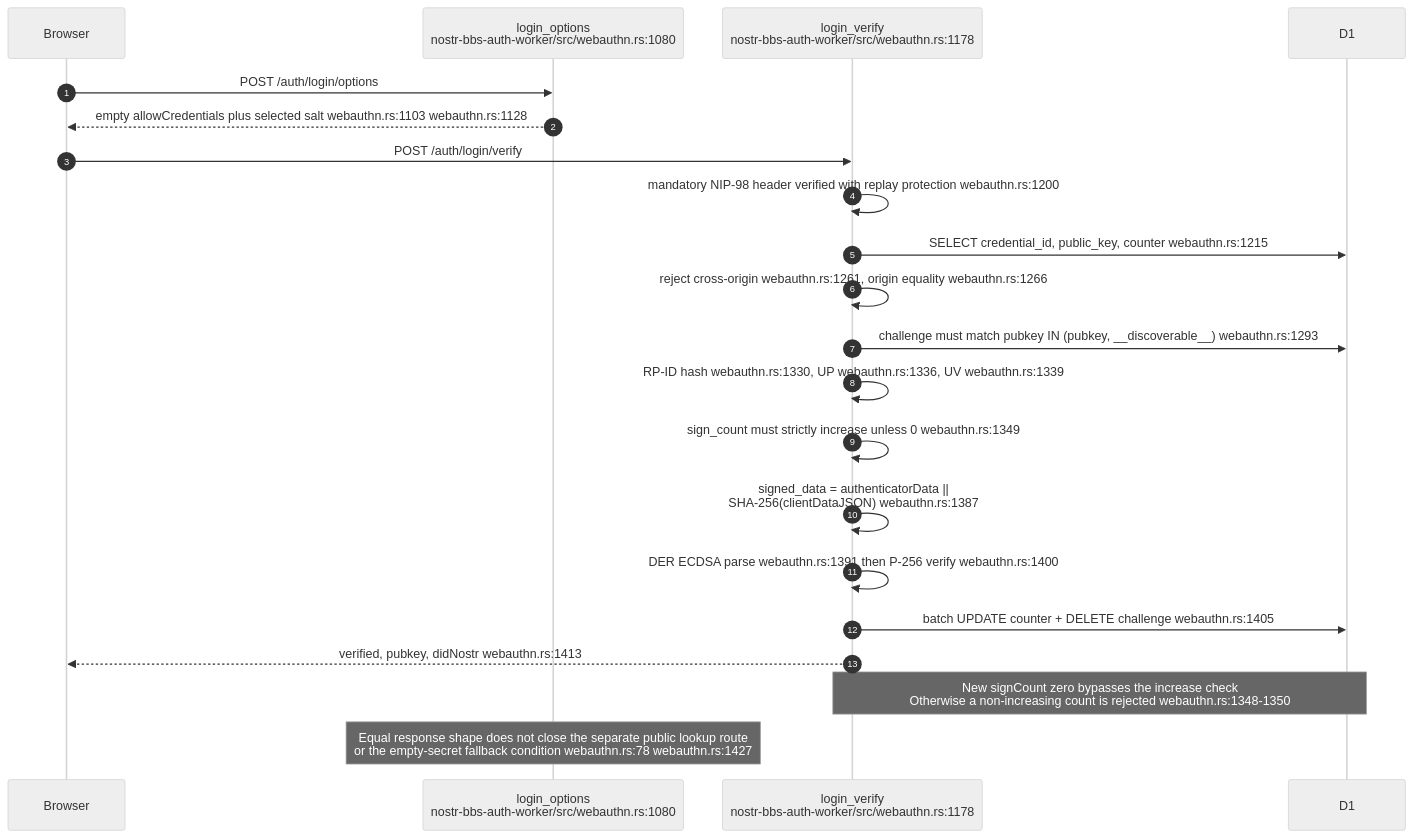
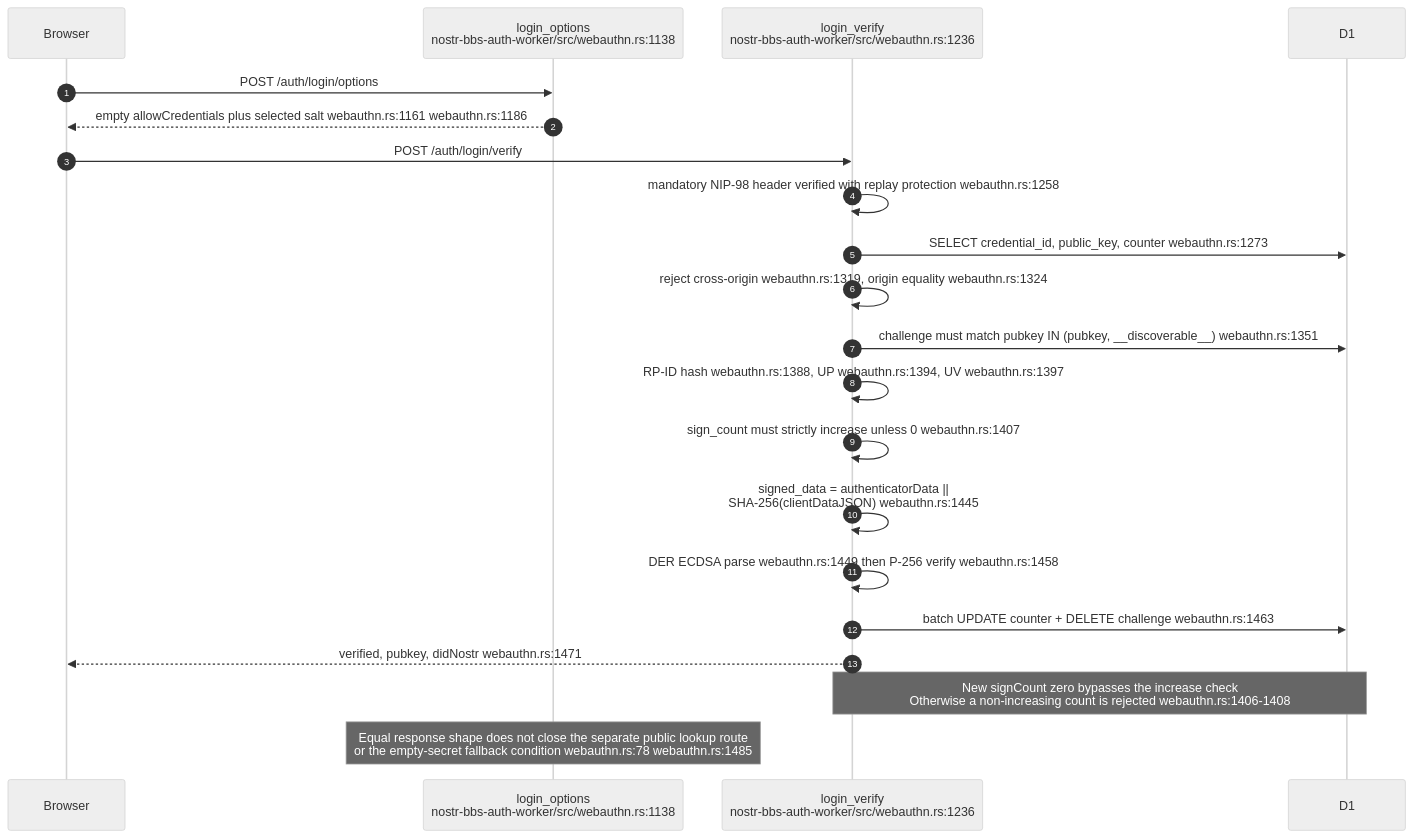
The fourth of 9 diagrams in docs/diagrams/nostr-rust-forum/02-auth-worker-passkey-nip98-and-membership.md (DreamLab-AI/VisionFlow), drawn with Mermaid (neutral theme) before and after one commit. The commit also changed other lines of this file and 59 other files, not shown here.

First line of the commit message:
docs(diagrams): re-derive and re-stamp forum, website, pod, ontomark and sealmap topics

````diff
--- a/docs/diagrams/nostr-rust-forum/02-auth-worker-passkey-nip98-and-membership.md
+++ b/docs/diagrams/nostr-rust-forum/02-auth-worker-passkey-nip98-and-membership.md
@@ -155,25 +157,25 @@
 ```mermaid
 sequenceDiagram
     autonumber
     participant C as Browser
-    participant LO as login_options<br/>nostr-bbs-auth-worker/src/webauthn.rs:1080
-    participant LV as login_verify<br/>nostr-bbs-auth-worker/src/webauthn.rs:1178
+    participant LO as login_options<br/>nostr-bbs-auth-worker/src/webauthn.rs:1138
+    participant LV as login_verify<br/>nostr-bbs-auth-worker/src/webauthn.rs:1236
     participant D1 as D1
 
     C->>LO: POST /auth/login/options
-    LO-->>C: empty allowCredentials plus selected salt webauthn.rs:1103 webauthn.rs:1128
+    LO-->>C: empty allowCredentials plus selected salt webauthn.rs:1161 webauthn.rs:1186
     C->>LV: POST /auth/login/verify
-    LV->>LV: mandatory NIP-98 header verified with replay protection webauthn.rs:1200
-    LV->>D1: SELECT credential_id, public_key, counter webauthn.rs:1215
-    LV->>LV: reject cross-origin webauthn.rs:1261, origin equality webauthn.rs:1266
-    LV->>D1: challenge must match pubkey IN (pubkey, __discoverable__) webauthn.rs:1293
-    LV->>LV: RP-ID hash webauthn.rs:1330, UP webauthn.rs:1336, UV webauthn.rs:1339
-    LV->>LV: sign_count must strictly increase unless 0 webauthn.rs:1349
-    LV->>LV: signed_data = authenticatorData ||<br/>SHA-256(clientDataJSON) webauthn.rs:1387
-    LV->>LV: DER ECDSA parse webauthn.rs:1391 then P-256 verify webauthn.rs:1400
-    LV->>D1: batch UPDATE counter + DELETE challenge webauthn.rs:1405
-    LV-->>C: verified, pubkey, didNostr webauthn.rs:1413
+    LV->>LV: mandatory NIP-98 header verified with replay protection webauthn.rs:1258
+    LV->>D1: SELECT credential_id, public_key, counter webauthn.rs:1273
+    LV->>LV: reject cross-origin webauthn.rs:1319, origin equality webauthn.rs:1324
+    LV->>D1: challenge must match pubkey IN (pubkey, __discoverable__) webauthn.rs:1351
+    LV->>LV: RP-ID hash webauthn.rs:1388, UP webauthn.rs:1394, UV webauthn.rs:1397
+    LV->>LV: sign_count must strictly increase unless 0 webauthn.rs:1407
+    LV->>LV: signed_data = authenticatorData ||<br/>SHA-256(clientDataJSON) webauthn.rs:1445
+    LV->>LV: DER ECDSA parse webauthn.rs:1449 then P-256 verify webauthn.rs:1458
+    LV->>D1: batch UPDATE counter + DELETE challenge webauthn.rs:1463
+    LV-->>C: verified, pubkey, didNostr webauthn.rs:1471
 
-    Note over LV,D1: New signCount zero bypasses the increase check<br/>Otherwise a non-increasing count is rejected webauthn.rs:1348-1350
-    Note over LO: Equal response shape does not close the separate public lookup route<br/>or the empty-secret fallback condition webauthn.rs:78 webauthn.rs:1427
+    Note over LV,D1: New signCount zero bypasses the increase check<br/>Otherwise a non-increasing count is rejected webauthn.rs:1406-1408
+    Note over LO: Equal response shape does not close the separate public lookup route<br/>or the empty-secret fallback condition webauthn.rs:78 webauthn.rs:1485
 ```
````
